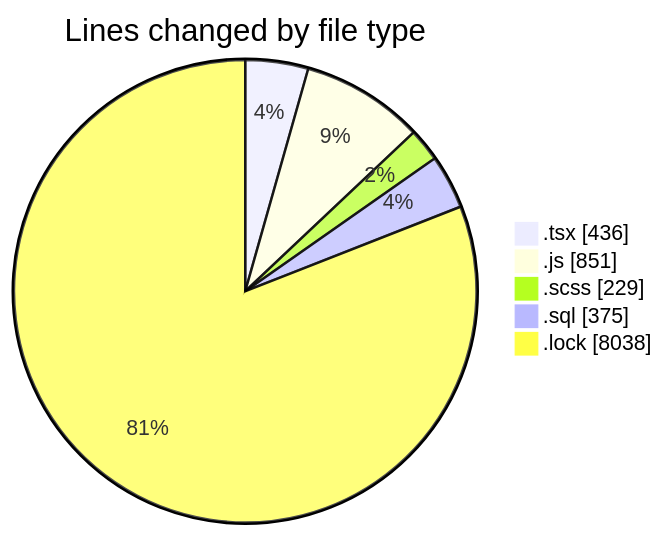
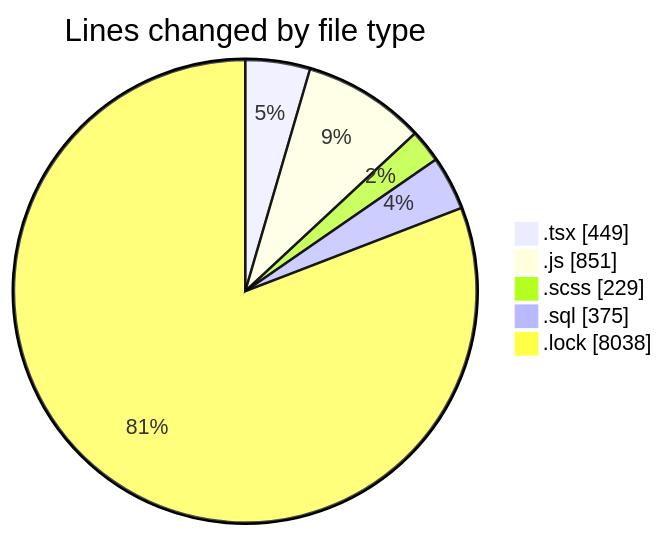
Before and after one commit to momahboobian/code-tracking: the first of 2 diagrams in 2025-03-18/cda/README.md, drawn with Mermaid. The commit also changed other lines of this file and 1 other file, not shown here.

````diff
--- a/2025-03-18/cda/README.md
+++ b/2025-03-18/cda/README.md
@@ -30,9 +30,9 @@
 ```mermaid
 pie showData
 title Lines changed by file type
-".tsx" : 436
+".tsx" : 449
 ".js" : 851
 ".scss" : 229
 ".sql" : 375
 ".lock" : 8038
 ```
````
